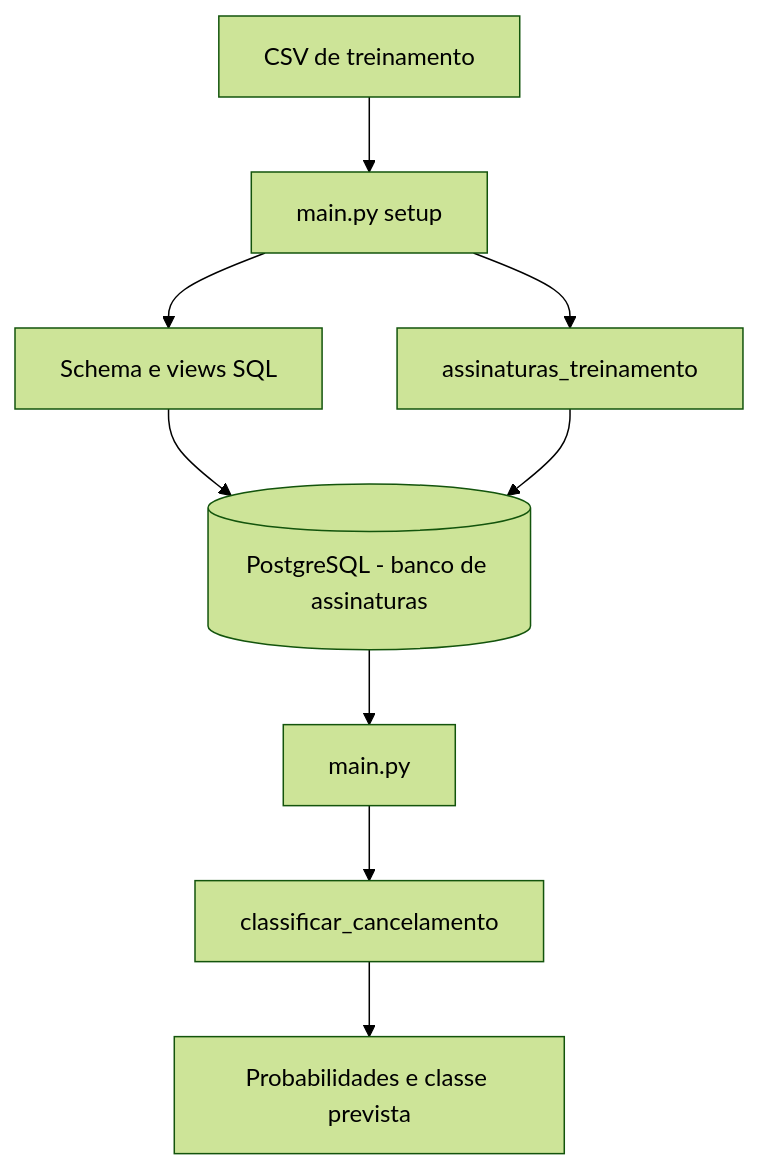
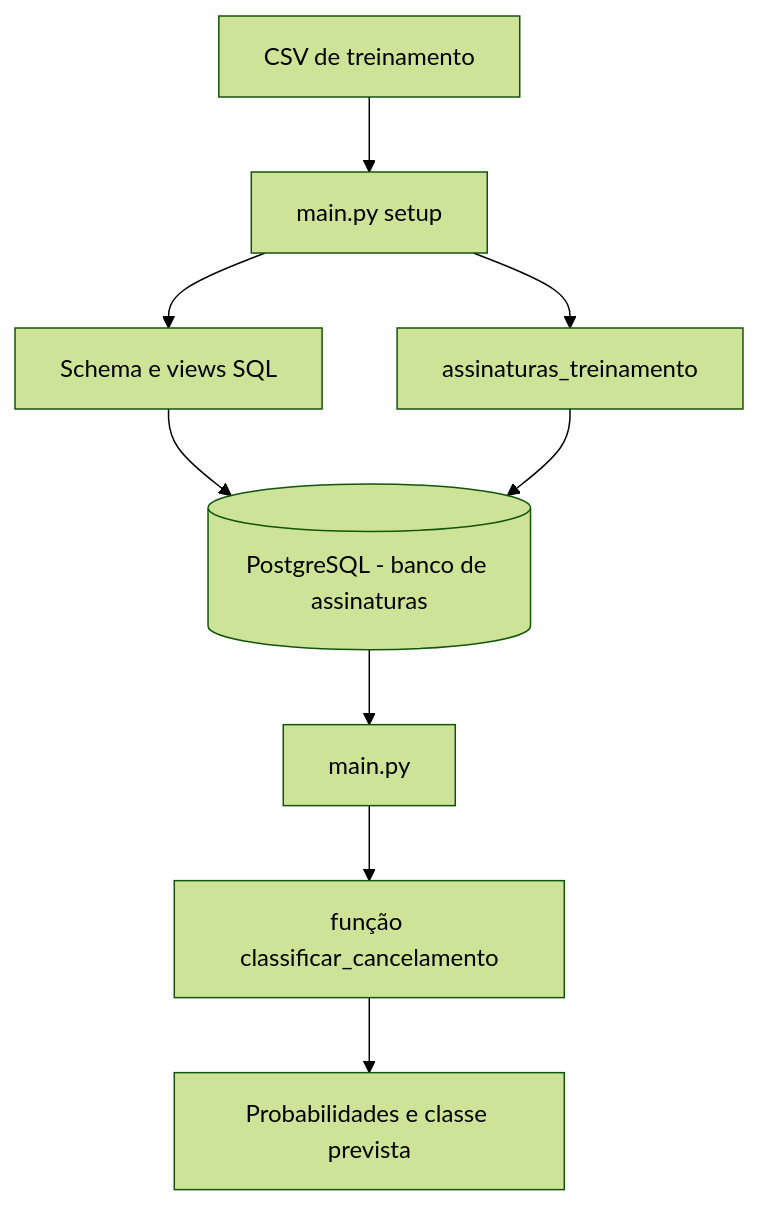
One commit to DiogoAug16/safra-rentavel changed the first of 4 diagrams in README.md. Above: the diagram before and after it, drawn with Mermaid (forest theme). The commit also changed other lines of this file and 37 other files, not shown here.

````diff
--- a/README.md
+++ b/README.md
@@ -40,11 +40,11 @@
 ```mermaid
 flowchart TD
     A[CSV de treinamento] --> B[main.py setup]
     B --> C[Schema e views SQL]
     C --> D[(PostgreSQL - banco de assinaturas)]
     B --> E[assinaturas_treinamento]
     E --> D
     D --> F[main.py]
-    F --> G[classificar_cancelamento]
+    F --> G[função classificar_cancelamento]
     G --> H[Probabilidades e classe prevista]
 ```
````
